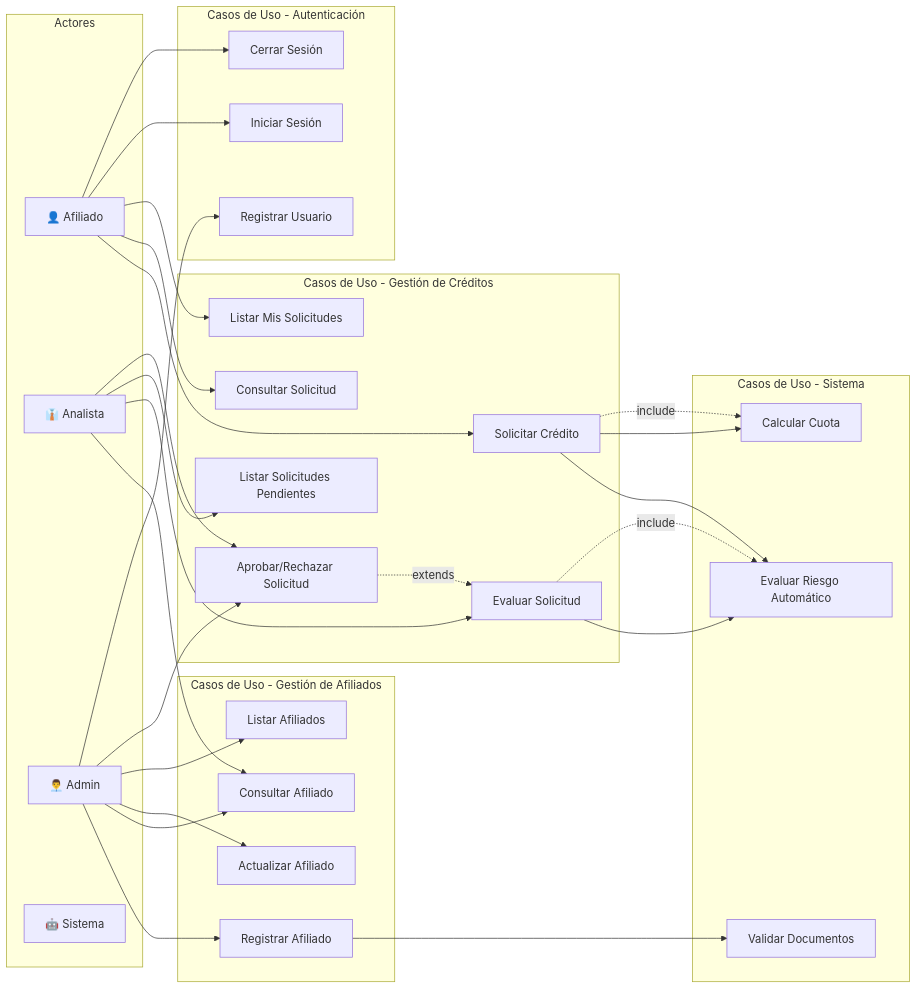
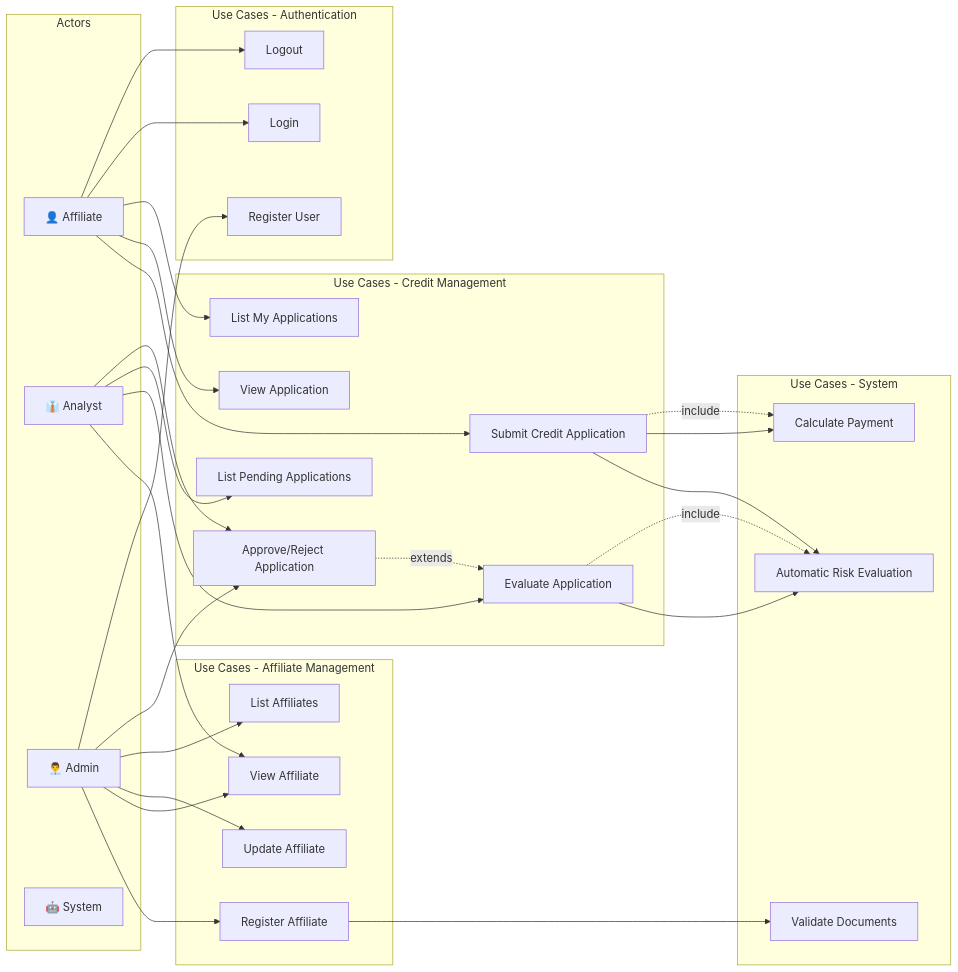
Before and after one commit to ASADDS2/CoopCredit: the diagram in docs/diagrams/use-cases.md, drawn with Mermaid. The commit also changed other lines of this file and 5 other files, not shown here.

````diff
--- a/docs/diagrams/use-cases.md
+++ b/docs/diagrams/use-cases.md
@@ -5,71 +5,71 @@
 ```mermaid
 graph LR
-    subgraph "Actores"
-        AFILIADO[👤 Afiliado]
-        ANALISTA[👔 Analista]
+    subgraph "Actors"
+        AFFILIATE[👤 Affiliate]
+        ANALYST[👔 Analyst]
         ADMIN[👨‍💼 Admin]
-        SYSTEM[🤖 Sistema]
+        SYSTEM[🤖 System]
     end
     
-    subgraph "Casos de Uso - Gestión de Afiliados"
-        UC1[Registrar Afiliado]
-        UC2[Consultar Afiliado]
-        UC3[Actualizar Afiliado]
-        UC4[Listar Afiliados]
+    subgraph "Use Cases - Affiliate Management"
+        UC1[Register Affiliate]
+        UC2[View Affiliate]
+        UC3[Update Affiliate]
+        UC4[List Affiliates]
     end
     
-    subgraph "Casos de Uso - Gestión de Créditos"
-        UC5[Solicitar Crédito]
-        UC6[Consultar Solicitud]
-        UC7[Listar Mis Solicitudes]
-        UC8[Evaluar Solicitud]
-        UC9[Listar Solicitudes Pendientes]
-        UC10[Aprobar/Rechazar Solicitud]
+    subgraph "Use Cases - Credit Management"
+        UC5[Submit Credit Application]
+        UC6[View Application]
+        UC7[List My Applications]
+        UC8[Evaluate Application]
+        UC9[List Pending Applications]
+        UC10[Approve/Reject Application]
     end
     
-    subgraph "Casos de Uso - Autenticación"
-        UC11[Registrar Usuario]
-        UC12[Iniciar Sesión]
-        UC13[Cerrar Sesión]
+    subgraph "Use Cases - Authentication"
+        UC11[Register User]
+        UC12[Login]
+        UC13[Logout]
     end
     
-    subgraph "Casos de Uso - Sistema"
-        UC14[Evaluar Riesgo Automático]
-        UC15[Calcular Cuota]
-        UC16[Validar Documentos]
+    subgraph "Use Cases - System"
+        UC14[Automatic Risk Evaluation]
+        UC15[Calculate Payment]
+        UC16[Validate Documents]
     end
     
-    %% Relaciones Admin
+    %% Admin Relations
     ADMIN --> UC1
     ADMIN --> UC2
     ADMIN --> UC3
     ADMIN --> UC4
     ADMIN --> UC10
     ADMIN --> UC11
     
-    %% Relaciones Analista
-    ANALISTA --> UC2
-    ANALISTA --> UC8
-    ANALISTA --> UC9
-    ANALISTA --> UC10
+    %% Analyst Relations
+    ANALYST --> UC2
+    ANALYST --> UC8
+    ANALYST --> UC9
+    ANALYST --> UC10
     
-    %% Relaciones Afiliado
-    AFILIADO --> UC5
-    AFILIADO --> UC6
-    AFILIADO --> UC7
-    AFILIADO --> UC12
-    AFILIADO --> UC13
+    %% Affiliate Relations
+    AFFILIATE --> UC5
+    AFFILIATE --> UC6
+    AFFILIATE --> UC7
+    AFFILIATE --> UC12
+    AFFILIATE --> UC13
     
-    %% Relaciones Sistema
+    %% System Relations
     UC5 --> UC14
     UC8 --> UC14
     UC5 --> UC15
     UC1 --> UC16
     
     %% Includes
     UC5 -.include.-> UC15
     UC8 -.include.-> UC14
     
     %% Extends
     UC10 -.extends.-> UC8
 ```
````
